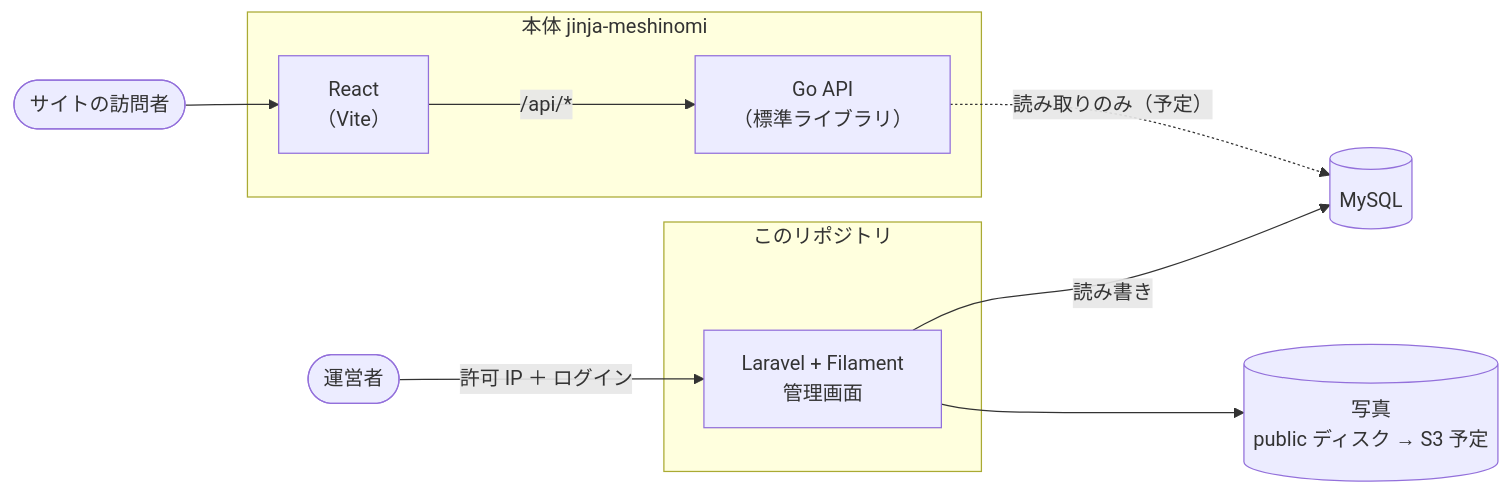
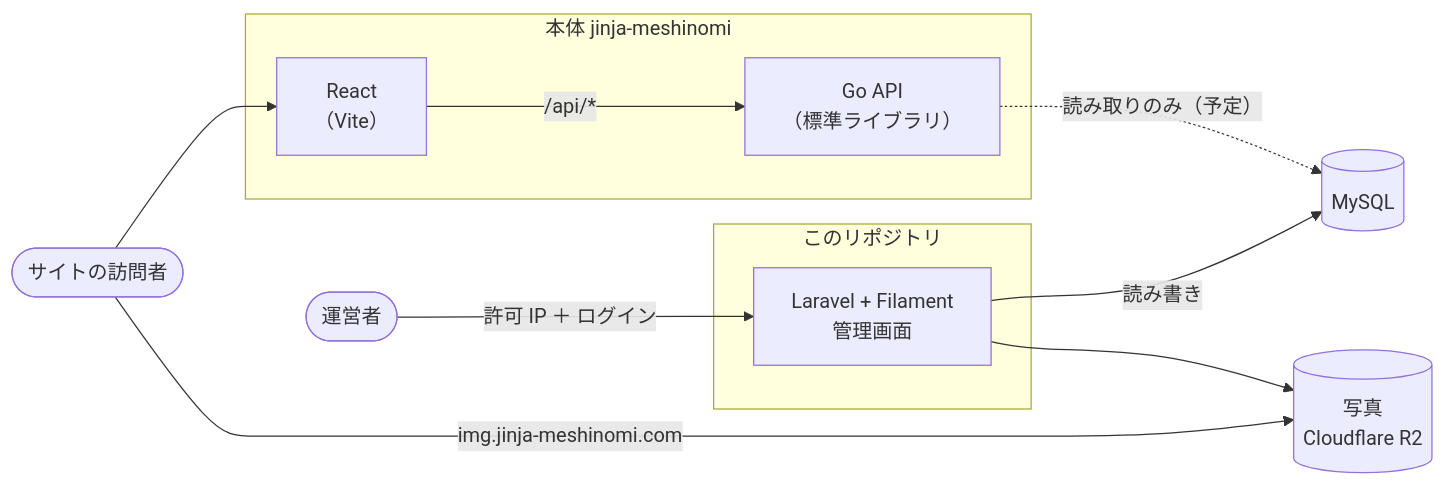
One commit to takaharu-dev/jinja-meshinomi-admin changed the first of 2 diagrams in README.md. Above: the diagram before and after it, drawn with Mermaid. The commit also changed other lines of this file and 3 other files, not shown here.

````diff
--- a/README.md
+++ b/README.md
@@ -17,24 +17,25 @@
 ```mermaid
 flowchart LR
     visitor([サイトの訪問者])
     admin([運営者])
 
     subgraph main["本体 jinja-meshinomi"]
         react["React<br/>（Vite）"]
         go["Go API<br/>（標準ライブラリ）"]
     end
 
     subgraph this["このリポジトリ"]
         laravel["Laravel + Filament<br/>管理画面"]
     end
 
     db[("MySQL")]
-    storage[("写真<br/>public ディスク → S3 予定")]
+    storage[("写真<br/>Cloudflare R2")]
 
     visitor --> react
     react -- "/api/*" --> go
     go -. "読み取りのみ（予定）" .-> db
     admin -- "許可 IP ＋ ログイン" --> laravel
     laravel -- "読み書き" --> db
     laravel --> storage
+    visitor -- "img.jinja-meshinomi.com" --> storage
 ```
````
